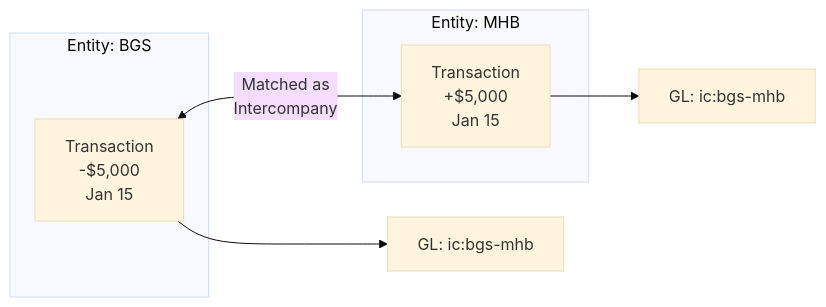
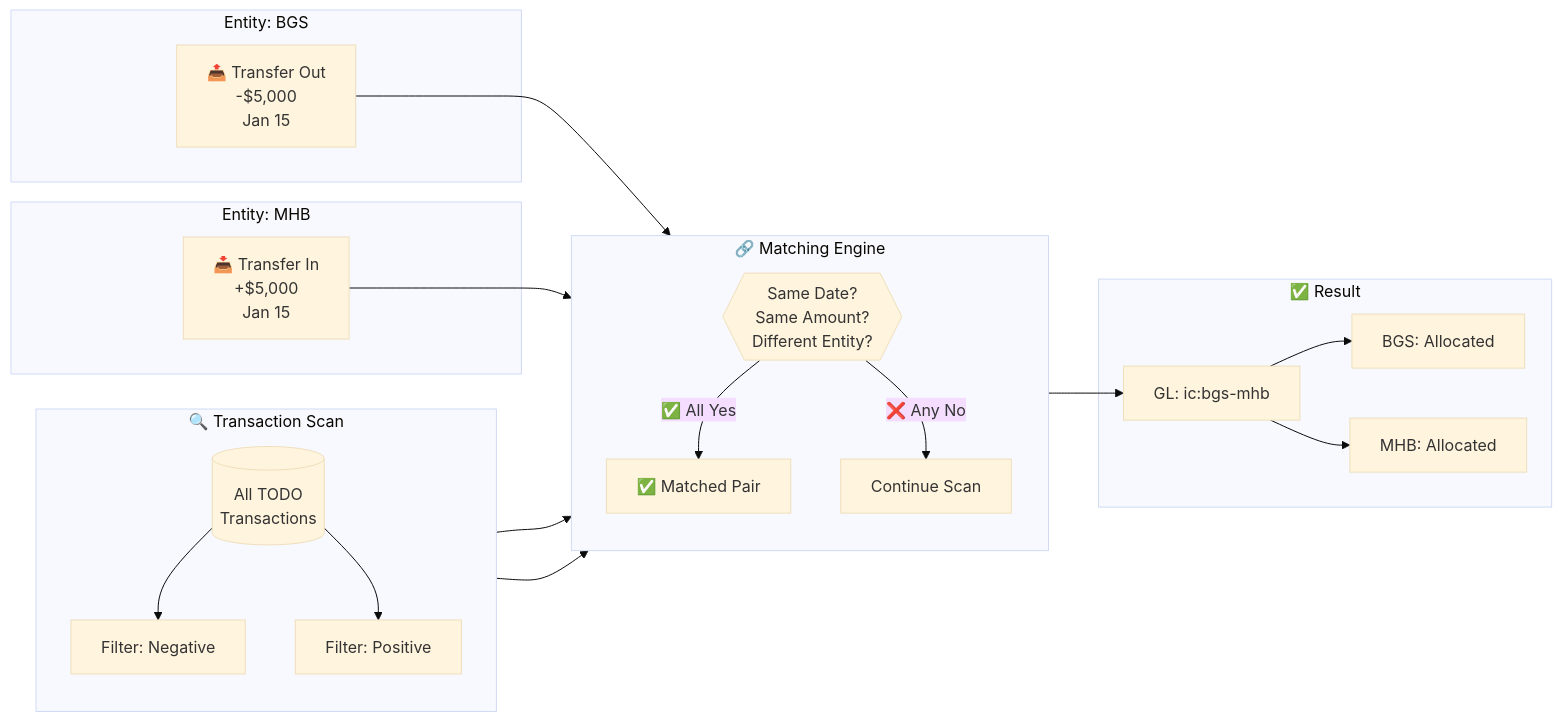
Before and after one commit to bgs-fbreen/copilot_db-development: the fifth of 7 diagrams in docs/import-and-wizard-guide.md, drawn with Mermaid (base theme). The commit also changed other lines of this file, not shown here.

First line of the commit message:
Transform linear Mermaid diagrams into multi-dimensional workflow visualizations (#36)

````diff
--- a/docs/import-and-wizard-guide.md
+++ b/docs/import-and-wizard-guide.md
@@ -490,15 +587,38 @@
 ```mermaid
 flowchart LR
-    subgraph Entity1["Entity: BGS"]
-        T1["Transaction<br/>-$5,000<br/>Jan 15"]
+    subgraph Scan["🔍 Transaction Scan"]
+        direction TB
+        ALL[("All TODO<br/>Transactions")]
+        ALL --> FILTER1["Filter: Negative"]
+        ALL --> FILTER2["Filter: Positive"]
     end
-    
-    subgraph Entity2["Entity: MHB"]
-        T2["Transaction<br/>+$5,000<br/>Jan 15"]
+
+    subgraph Match["🔗 Matching Engine"]
+        direction TB
+        COMPARE{{"Same Date?<br/>Same Amount?<br/>Different Entity?"}}
+        COMPARE -->|✅ All Yes| MATCHED["✅ Matched Pair"]
+        COMPARE -->|❌ Any No| UNMATCHED["Continue Scan"]
     end
-    
-    T1 <-->|"Matched as<br/>Intercompany"| T2
-    
-    T1 --> IC1["GL: ic:bgs-mhb"]
-    T2 --> IC2["GL: ic:bgs-mhb"]
+
+    subgraph BGS["Entity: BGS"]
+        T1["📤 Transfer Out<br/>-$5,000<br/>Jan 15"]
+    end
+
+    subgraph MHB["Entity: MHB"]
+        T2["📥 Transfer In<br/>+$5,000<br/>Jan 15"]
+    end
+
+    subgraph Result["✅ Result"]
+        IC["GL: ic:bgs-mhb"]
+        T1_DONE["BGS: Allocated"]
+        T2_DONE["MHB: Allocated"]
+    end
+
+    FILTER1 --> COMPARE
+    FILTER2 --> COMPARE
+    T1 --> COMPARE
+    T2 --> COMPARE
+    MATCHED --> IC
+    IC --> T1_DONE
+    IC --> T2_DONE
 ```
````
